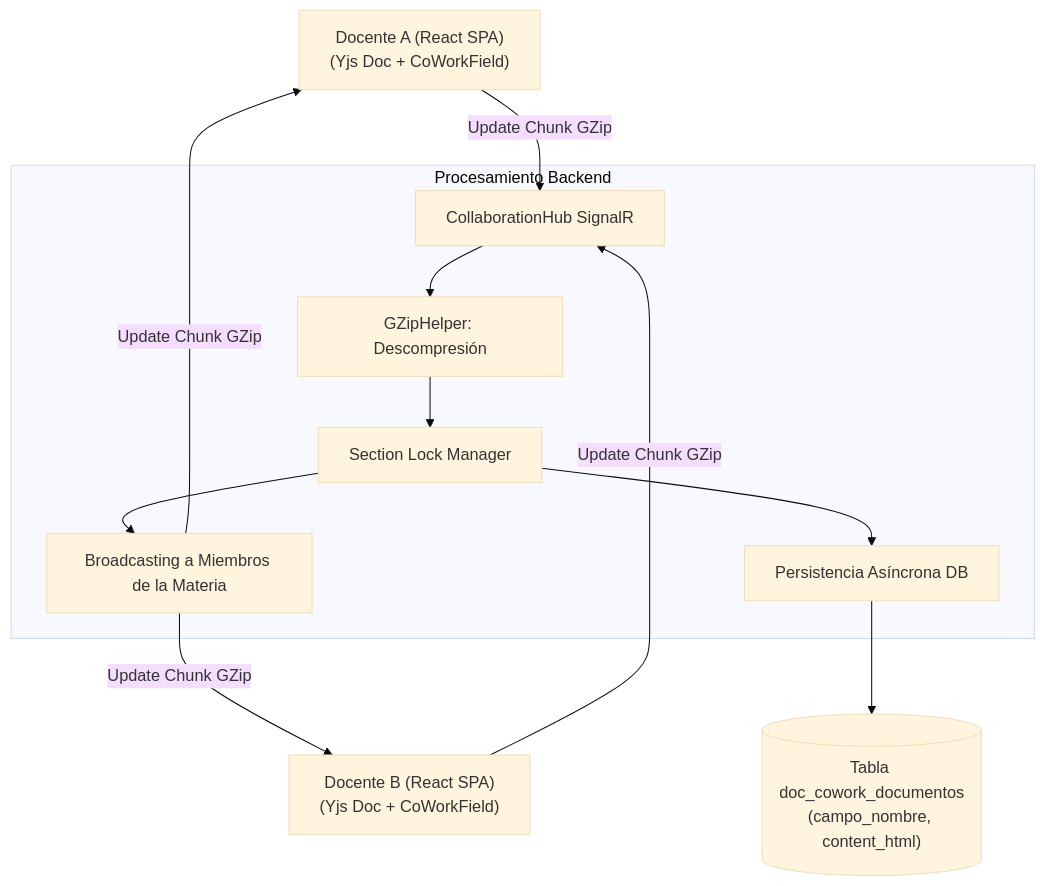
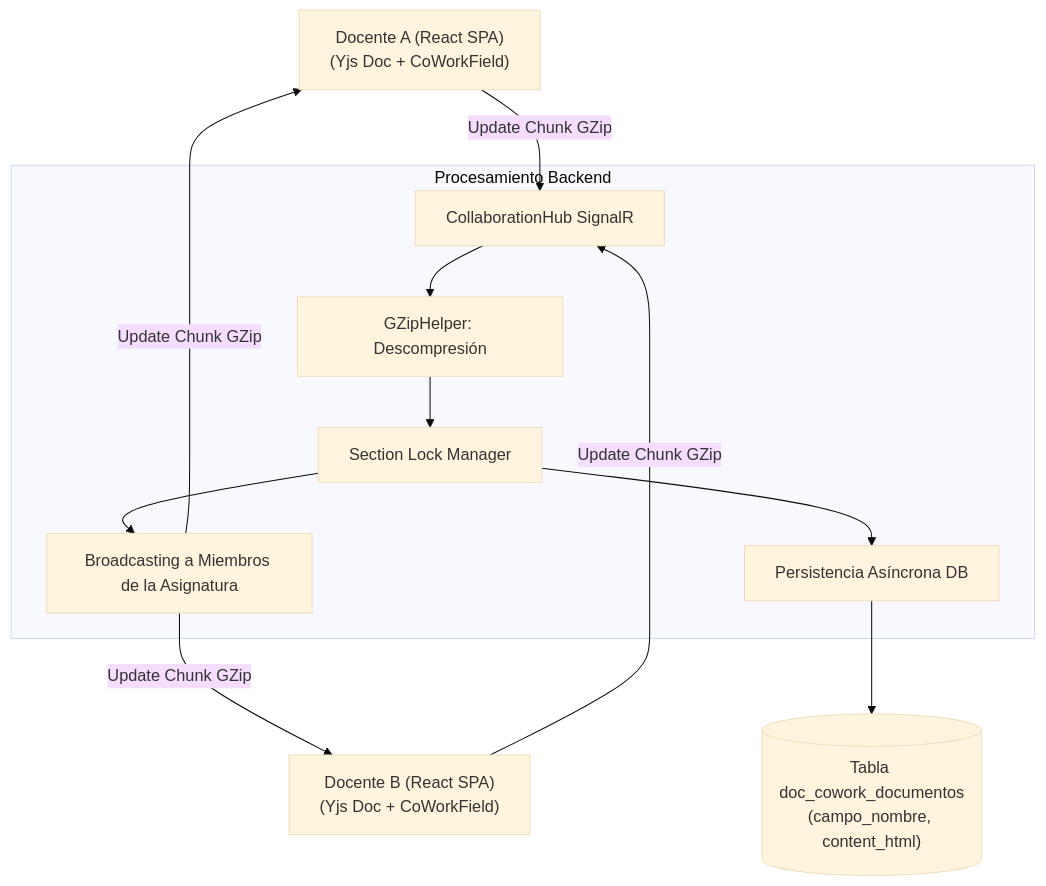
Before and after one commit to JorgeDoicela/dosier: the diagram in docs/documentacion/03-motores-especializados/02-motor-colaborativo-cowork.md, drawn with Mermaid (base theme). The commit also changed other lines of this file and 54 other files, not shown here.

````diff
--- a/docs/documentacion/03-motores-especializados/02-motor-colaborativo-cowork.md
+++ b/docs/documentacion/03-motores-especializados/02-motor-colaborativo-cowork.md
@@ -13,17 +13,17 @@
 ```mermaid
 graph TD
     ClientA["Docente A (React SPA)\n(Yjs Doc + CoWorkField)"] -->|Update Chunk GZip| Hub[CollaborationHub SignalR]
     ClientB["Docente B (React SPA)\n(Yjs Doc + CoWorkField)"] -->|Update Chunk GZip| Hub
 
     subgraph BackendProcess [Procesamiento Backend]
         Hub --> GZip[GZipHelper: Descompresión]
         GZip --> LockManager[Section Lock Manager]
-        LockManager --> Broadcast[Broadcasting a Miembros de la Materia]
+        LockManager --> Broadcast[Broadcasting a Miembros de la Asignatura]
         LockManager --> Persistence[Persistencia Asíncrona DB]
     end
 
     Broadcast -->|Update Chunk GZip| ClientA
     Broadcast -->|Update Chunk GZip| ClientB
 
     Persistence --> DB[("Tabla doc_cowork_documentos\n(campo_nombre, content_html)")]
 ```
````
